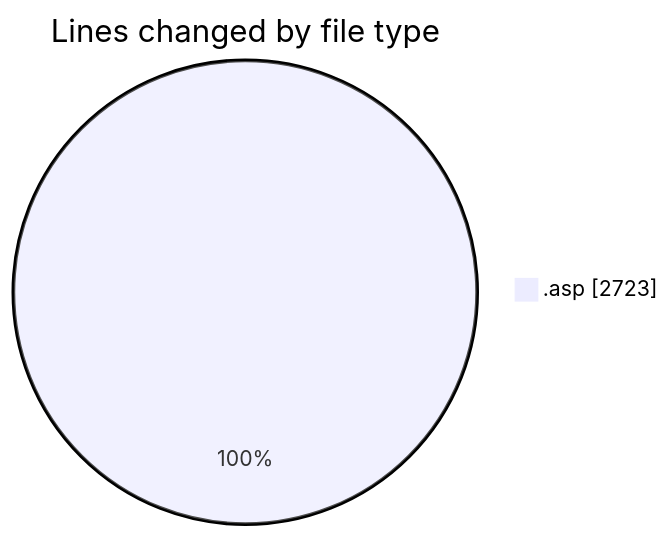
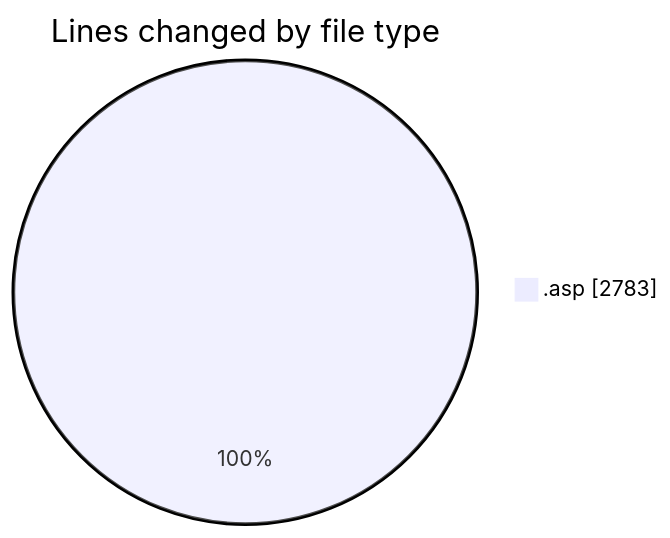
Before and after one commit to julien-gomy/code-tracking: the first of 2 diagrams in 2025-10-31/cdp_aleoudev_fr__workspace_/README.md, drawn with Mermaid. The commit also changed other lines of this file and 1 other file, not shown here.

````diff
--- a/2025-10-31/cdp_aleoudev_fr__workspace_/README.md
+++ b/2025-10-31/cdp_aleoudev_fr__workspace_/README.md
@@ -21,5 +21,5 @@
 ```mermaid
 pie showData
 title Lines changed by file type
-".asp" : 2723
+".asp" : 2783
 ```
````
